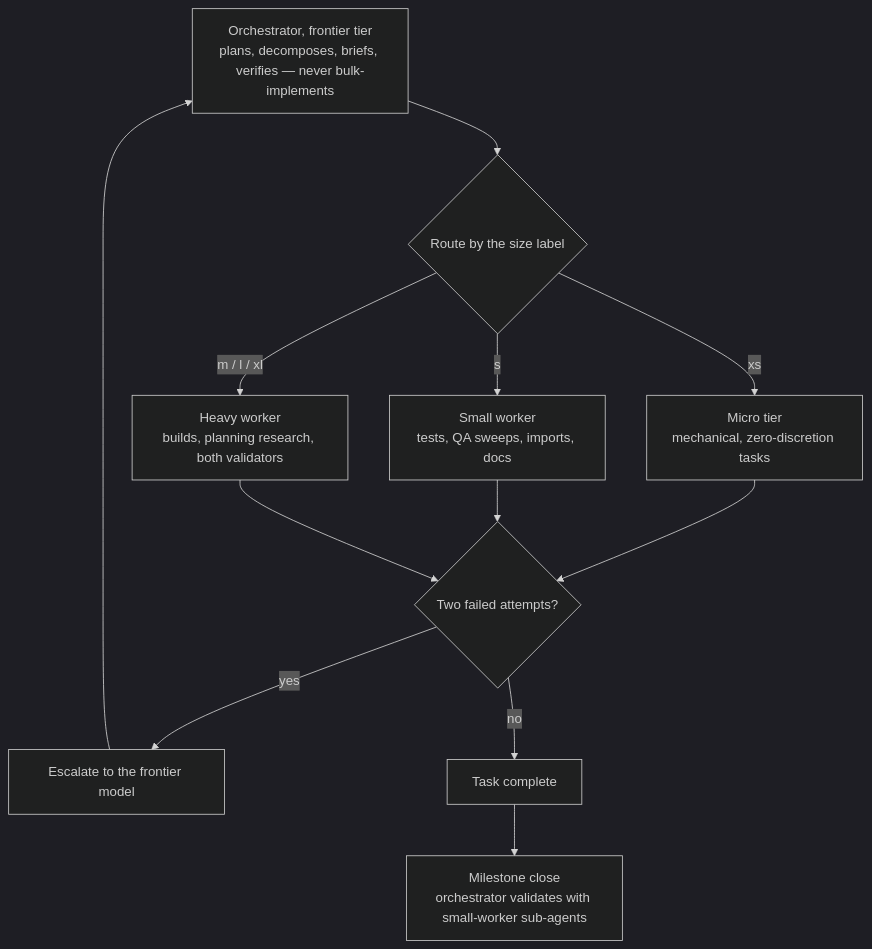
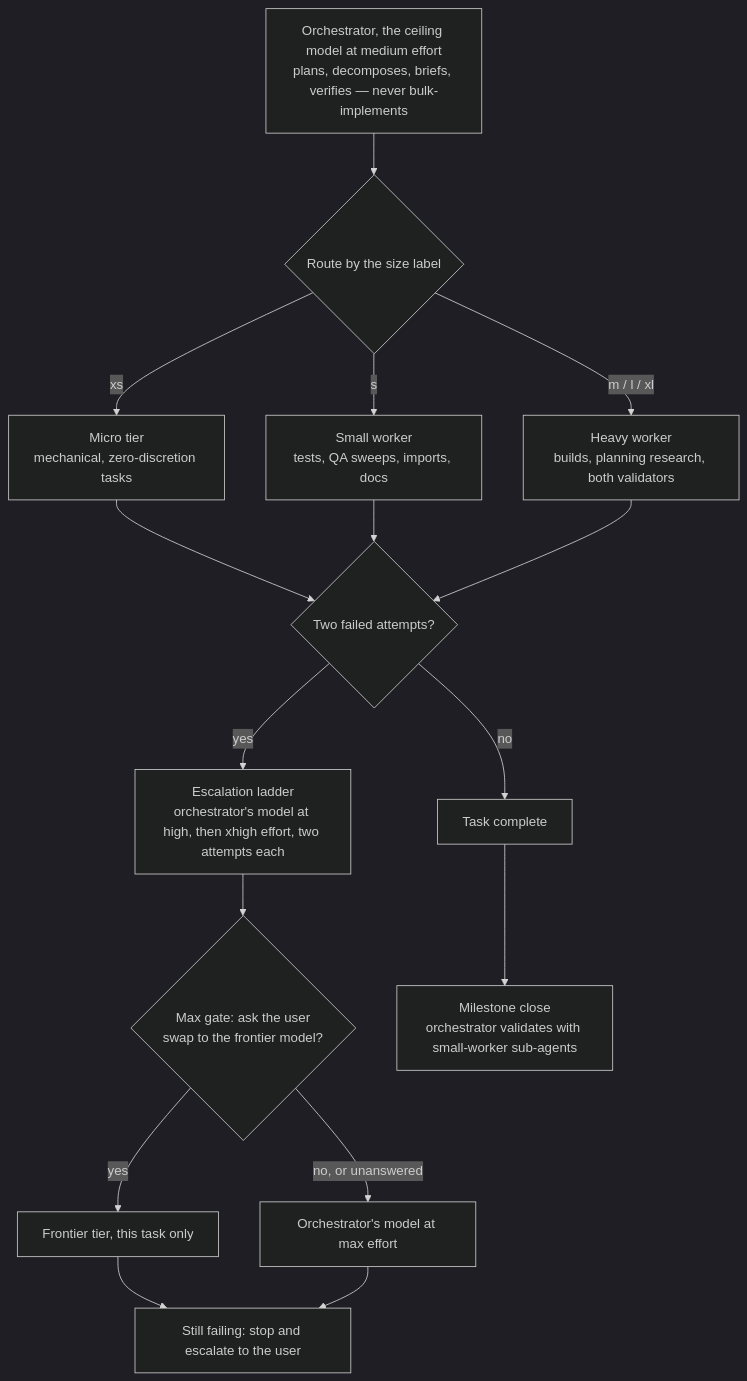
The second of 3 diagrams in README.md (Zenosyne-Technologies/agent-operating-kit), drawn with Mermaid (dark theme) before and after one commit. The commit also changed other lines of this file and 15 other files, not shown here.

First line of the commit message:
AOS-138: effort escalation ladder — orchestrator model is the ceiling, frontier opt-in via ask-at-max gate

````diff
--- a/README.md
+++ b/README.md
@@ -138,14 +138,18 @@
 ```mermaid
 flowchart TD
-    O["Orchestrator, frontier tier<br/>plans, decomposes, briefs, verifies — never bulk-implements"] --> R{"Route by the size label"}
+    O["Orchestrator, the ceiling model at medium effort<br/>plans, decomposes, briefs, verifies — never bulk-implements"] --> R{"Route by the size label"}
     R -->|xs| MI["Micro tier<br/>mechanical, zero-discretion tasks"]
     R -->|s| SM["Small worker<br/>tests, QA sweeps, imports, docs"]
     R -->|m / l / xl| HV["Heavy worker<br/>builds, planning research, both validators"]
     MI --> X{"Two failed attempts?"}
     SM --> X
     HV --> X
-    X -->|yes| ES["Escalate to the frontier model"]
+    X -->|yes| EH["Escalation ladder<br/>orchestrator's model at high, then xhigh effort, two attempts each"]
     X -->|no| DN["Task complete"]
-    ES --> O
+    EH --> MG{"Max gate: ask the user<br/>swap to the frontier model?"}
+    MG -->|yes| EF["Frontier tier, this task only"]
+    MG -->|no, or unanswered| EM["Orchestrator's model at max effort"]
+    EF --> ST["Still failing: stop and escalate to the user"]
+    EM --> ST
     DN --> MS["Milestone close<br/>orchestrator validates with small-worker sub-agents"]
 ```
````
